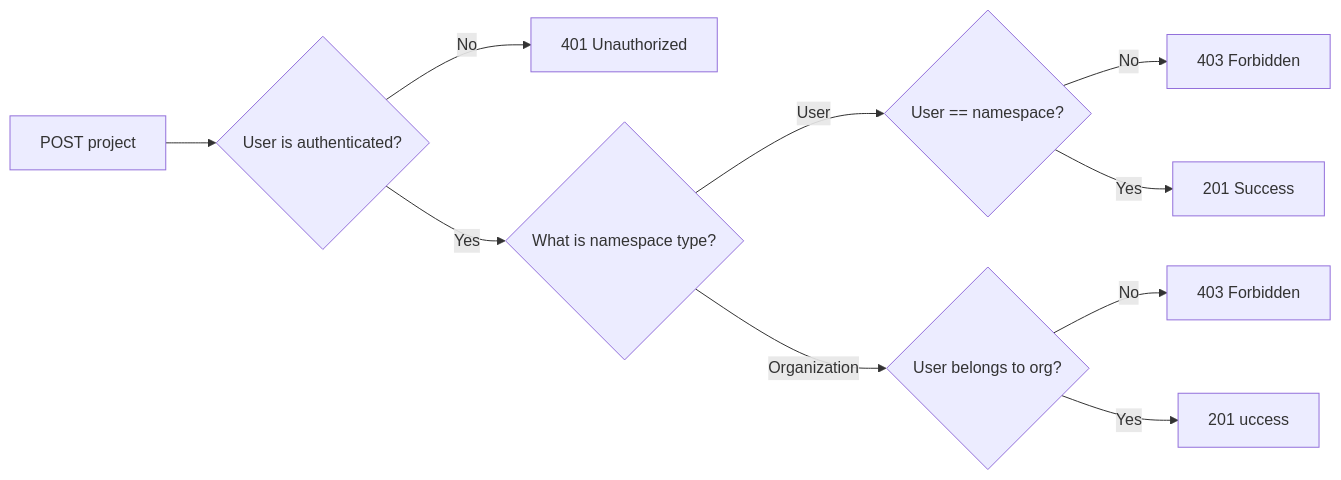
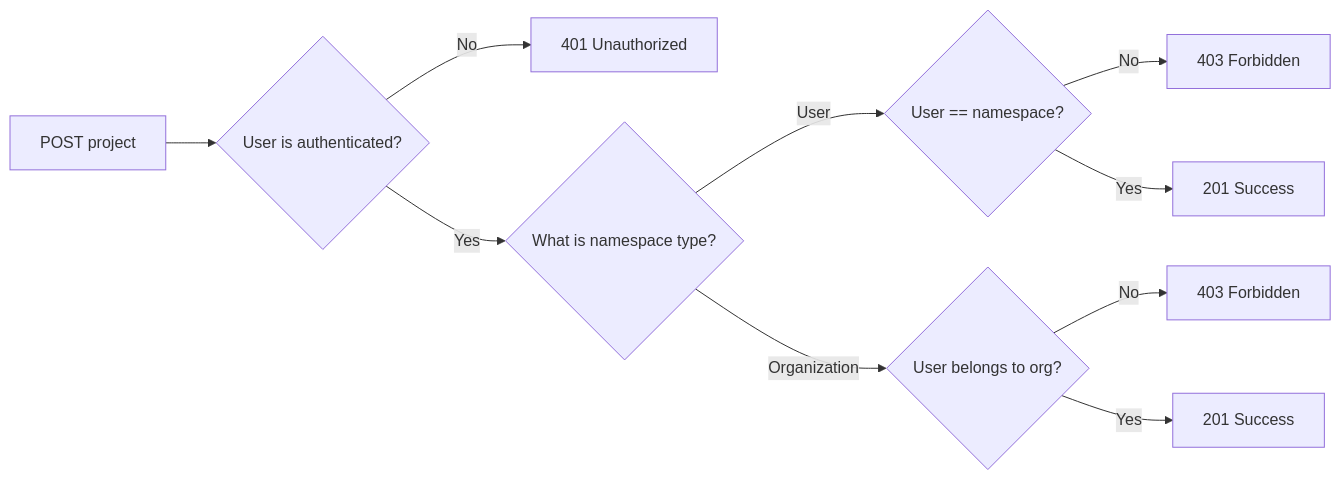
Before and after one commit to pepkit/pephub: the second of 3 diagrams in docs/authentication.md, drawn with Mermaid.

````diff
--- a/docs/authentication.md
+++ b/docs/authentication.md
@@ -28,13 +28,13 @@
 ```mermaid
 flowchart LR
     A[POST project] --> B{User is authenticated?}
     B -- No --> C[401 Unauthorized]
     B -- Yes --> D{What is namespace type?}
     D -- User --> E{User == namespace?}
     E -- No --> F[403 Forbidden]
     E -- Yes--> G[201 Success]
     D -- Organization --> H{User belongs to org?}
     H -- No --> I[403 Forbidden]
-    H -- Yes --> J[201 uccess]
+    H -- Yes --> J[201 Success]
     
 ```
````
